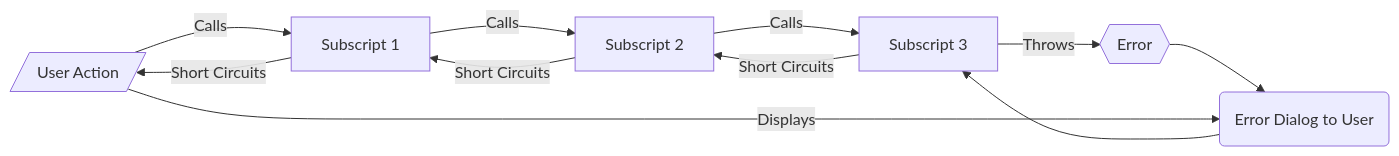
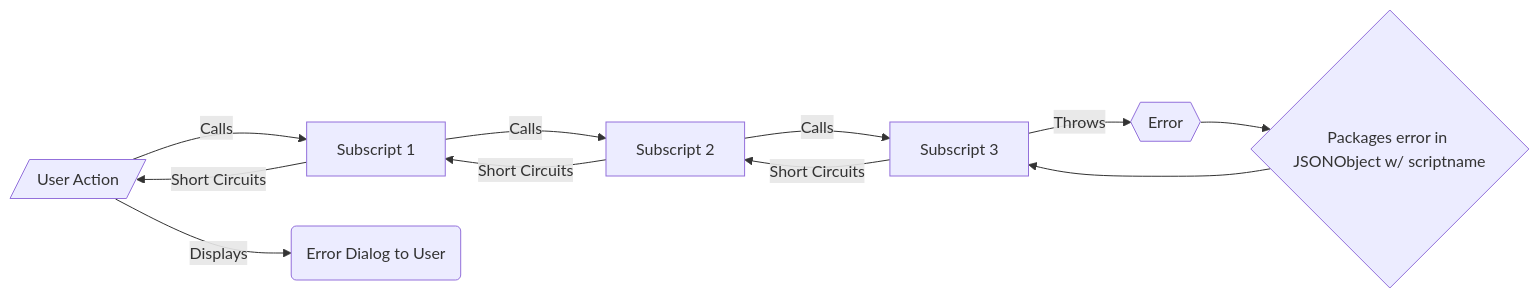
The second of 2 diagrams in Diagram Error Flow - Common.md (CloudChi/FX-Framework), drawn with Mermaid before and after one commit.

Commit message:
Update Diagram Error Flow - Common.md

````diff
--- a/Diagram Error Flow - Common.md
+++ b/Diagram Error Flow - Common.md
@@ -22,13 +22,13 @@
 ```mermaid
 graph LR
     A[/User Action/] -- Calls --> B[Subscript 1] 
     B -- Calls --> C[Subscript 2] 
     C -- Calls --> D[Subscript 3] 
     D -- Throws --> E{{Error}}
     E --> F{Packages error in JSONObject w/ scriptname}
     F --> D
     D -- Short Circuits --> C
     C -- Short Circuits --> B
     B -- Short Circuits --> A
-    A -- Displays --> F(Error Dialog to User)
+    A -- Displays --> G(Error Dialog to User)
 ```
````
